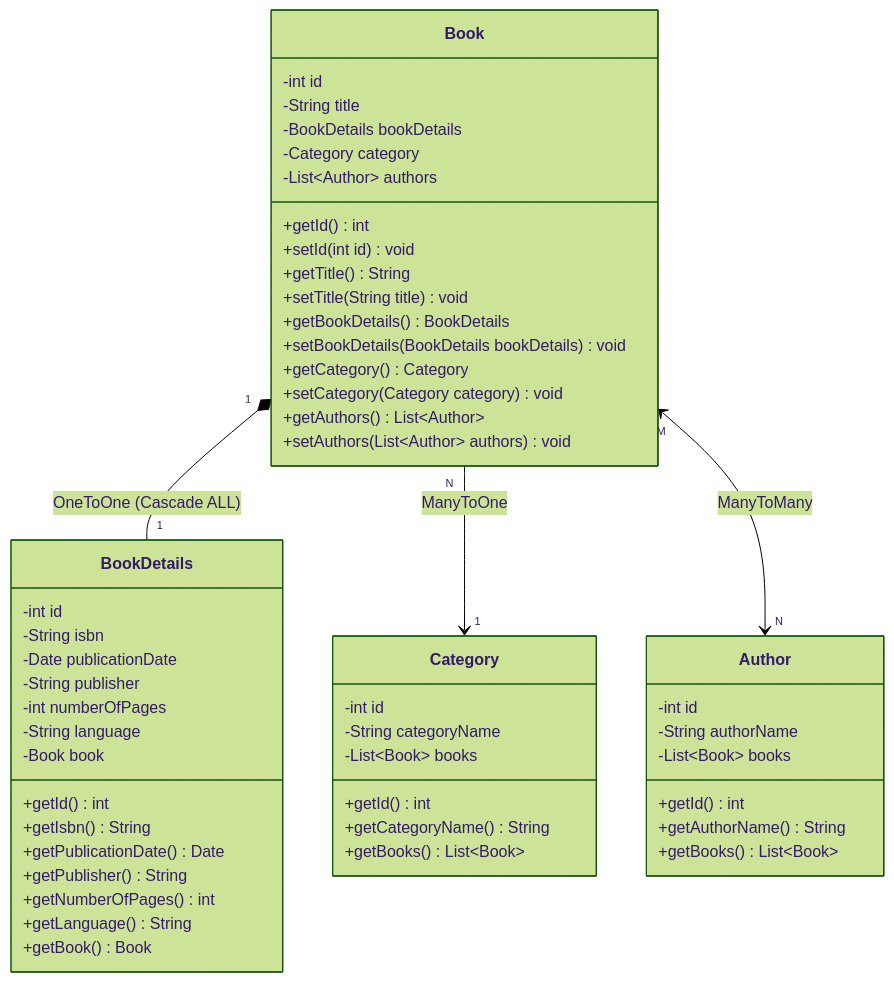
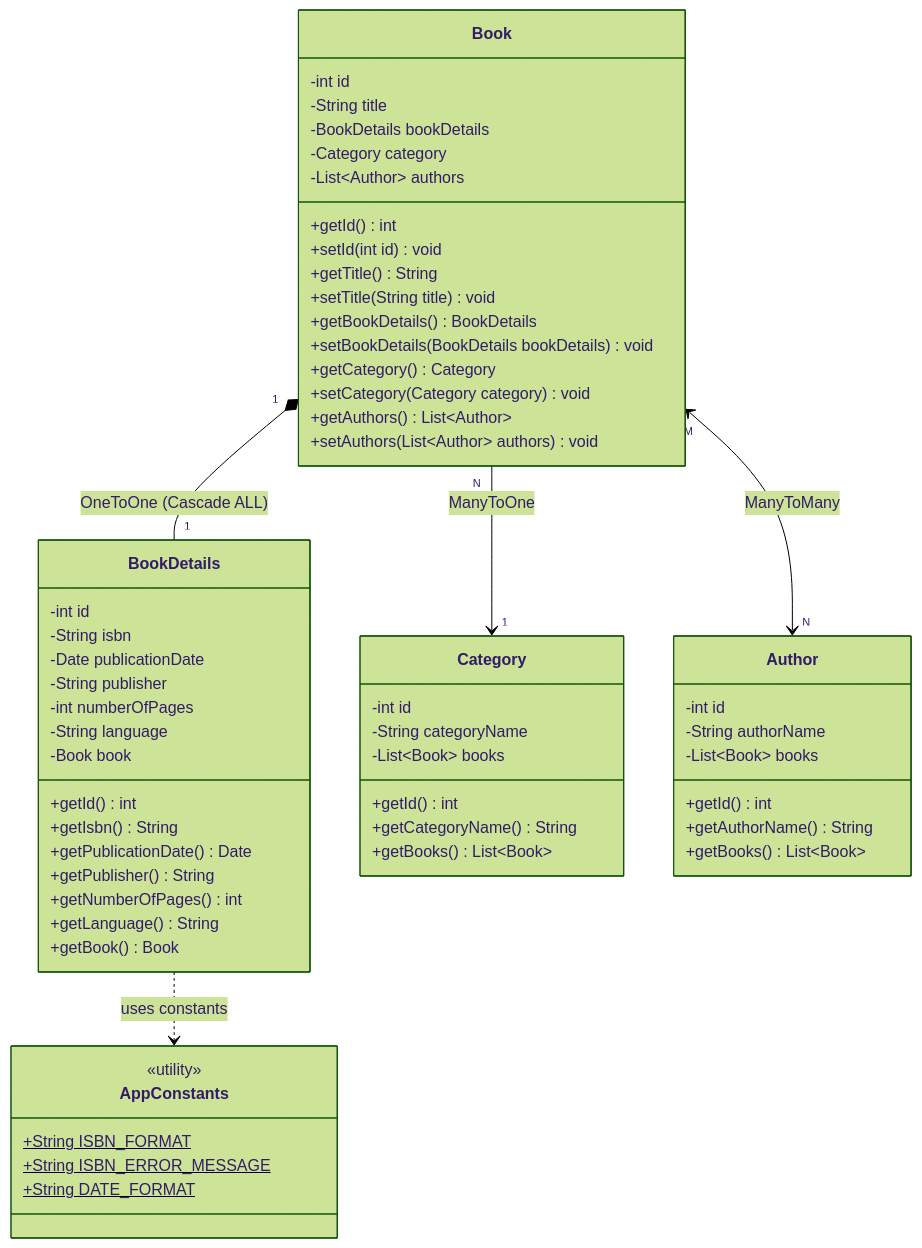
The first of 3 diagrams in README.md (omar-abdullah-dev/amazon-book-store), drawn with Mermaid (forest theme) before and after one commit. The commit also changed other lines of this file, not shown here.

Commit message:
Update README.md with configuration separation, AppConstants, and branching strategy

````diff
--- a/README.md
+++ b/README.md
@@ -103,59 +109,67 @@
 ```mermaid
 classDiagram
     class Book {
         -int id
         -String title
         -BookDetails bookDetails
         -Category category
         -List~Author~ authors
         +getId() int
         +setId(int id) void
         +getTitle() String
         +setTitle(String title) void
         +getBookDetails() BookDetails
         +setBookDetails(BookDetails bookDetails) void
         +getCategory() Category
         +setCategory(Category category) void
         +getAuthors() List~Author~
         +setAuthors(List~Author~ authors) void
     }
 
     class BookDetails {
         -int id
         -String isbn
         -Date publicationDate
         -String publisher
         -int numberOfPages
         -String language
         -Book book
         +getId() int
         +getIsbn() String
         +getPublicationDate() Date
         +getPublisher() String
         +getNumberOfPages() int
         +getLanguage() String
         +getBook() Book
     }
 
     class Category {
         -int id
         -String categoryName
         -List~Book~ books
         +getId() int
         +getCategoryName() String
         +getBooks() List~Book~
     }
 
     class Author {
         -int id
         -String authorName
         -List~Book~ books
         +getId() int
         +getAuthorName() String
         +getBooks() List~Book~
     }
 
+    class AppConstants {
+        <<utility>>
+        +String ISBN_FORMAT$
+        +String ISBN_ERROR_MESSAGE$
+        +String DATE_FORMAT$
+    }
+
     Book "1" *-- "1" BookDetails : OneToOne (Cascade ALL)
     Book "N" --> "1" Category : ManyToOne
     Book "M" <--> "N" Author : ManyToMany
+    BookDetails ..> AppConstants : uses constants
 ```
````
